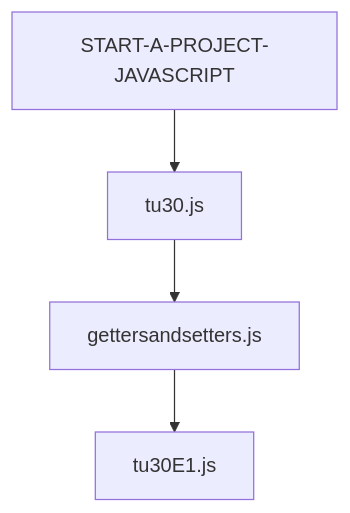
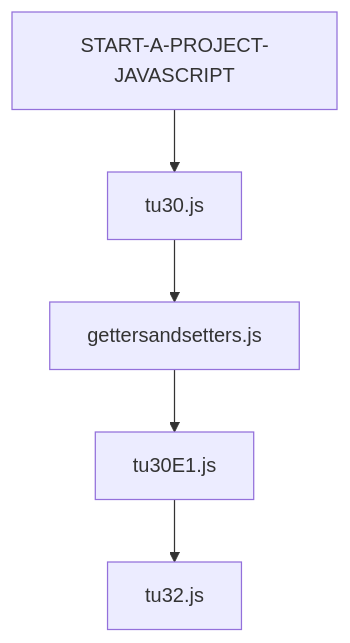
The diagram in README.md (Dkumar-R/START-A-PROJECT-JAVASCRIPT), drawn with Mermaid before and after one commit. The commit also changed 1 other file, not shown here.

Commit message:
Start tu32.js

````diff
--- a/README.md
+++ b/README.md
@@ -8,6 +8,7 @@
 ```mermaid
 graph TD;;
     START-A-PROJECT-JAVASCRIPT-->tu30.js;
     tu30.js-->gettersandsetters.js;
     gettersandsetters.js-->tu30E1.js;
+    tu30E1.js-->tu32.js;
 ```
````
